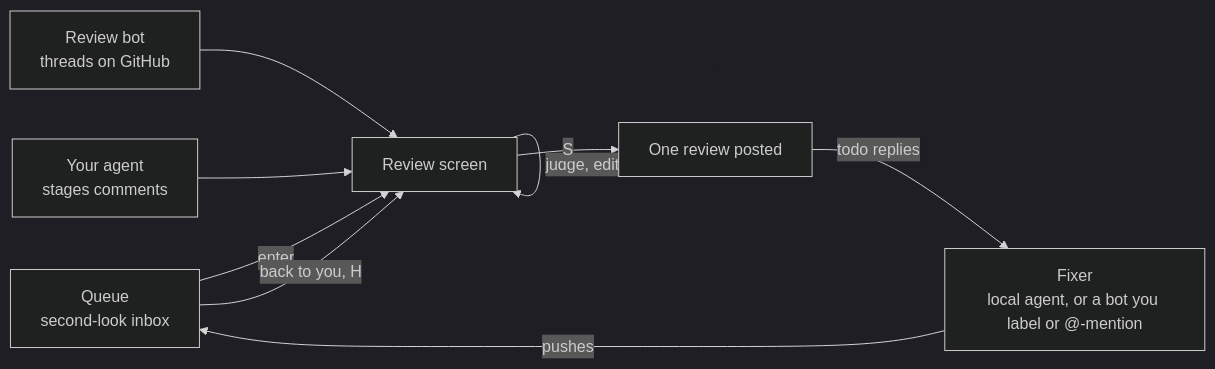
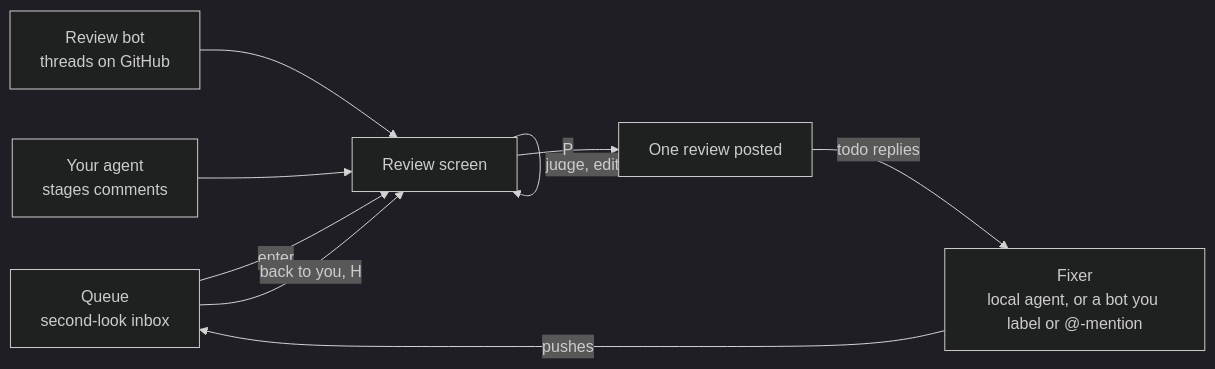
Before and after one commit to KyleKing/second-look: the diagram in README.md, drawn with Mermaid (dark theme). The commit also changed other lines of this file and 120 other files, not shown here.

````diff
--- a/README.md
+++ b/README.md
@@ -9,11 +9,11 @@
 ```mermaid
 flowchart LR
     Q[Queue<br/>second-look inbox] -->|enter| R[Review screen]
     B[Review bot<br/>threads on GitHub] --> R
     A[Your agent<br/>stages comments] --> R
     R -->|judge, edit| R
-    R -->|S| P[One review posted]
-    P -->|todo replies| F[Fixer<br/>local agent, or a bot you label or @-mention]
+    R -->|P| PO[One review posted]
+    PO -->|todo replies| F[Fixer<br/>local agent, or a bot you label or @-mention]
     F -->|pushes| Q
     Q -->|back to you, H| R
 ```
````
